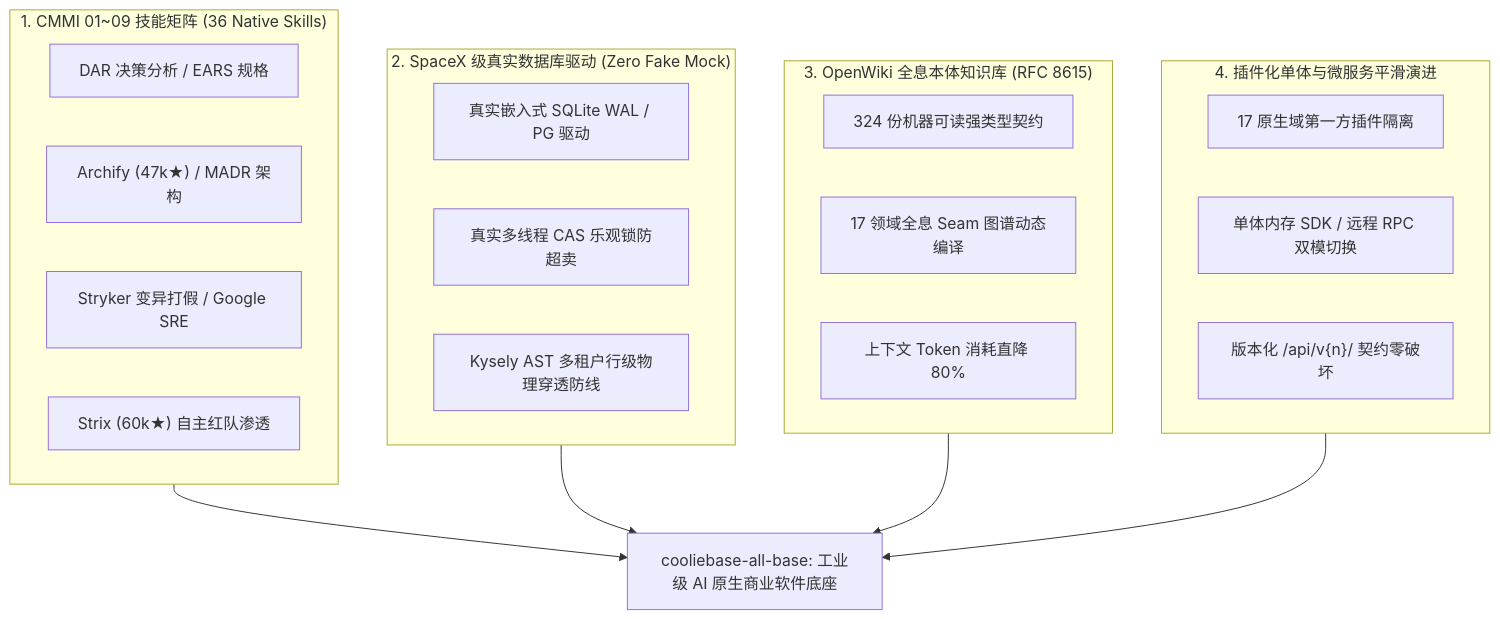
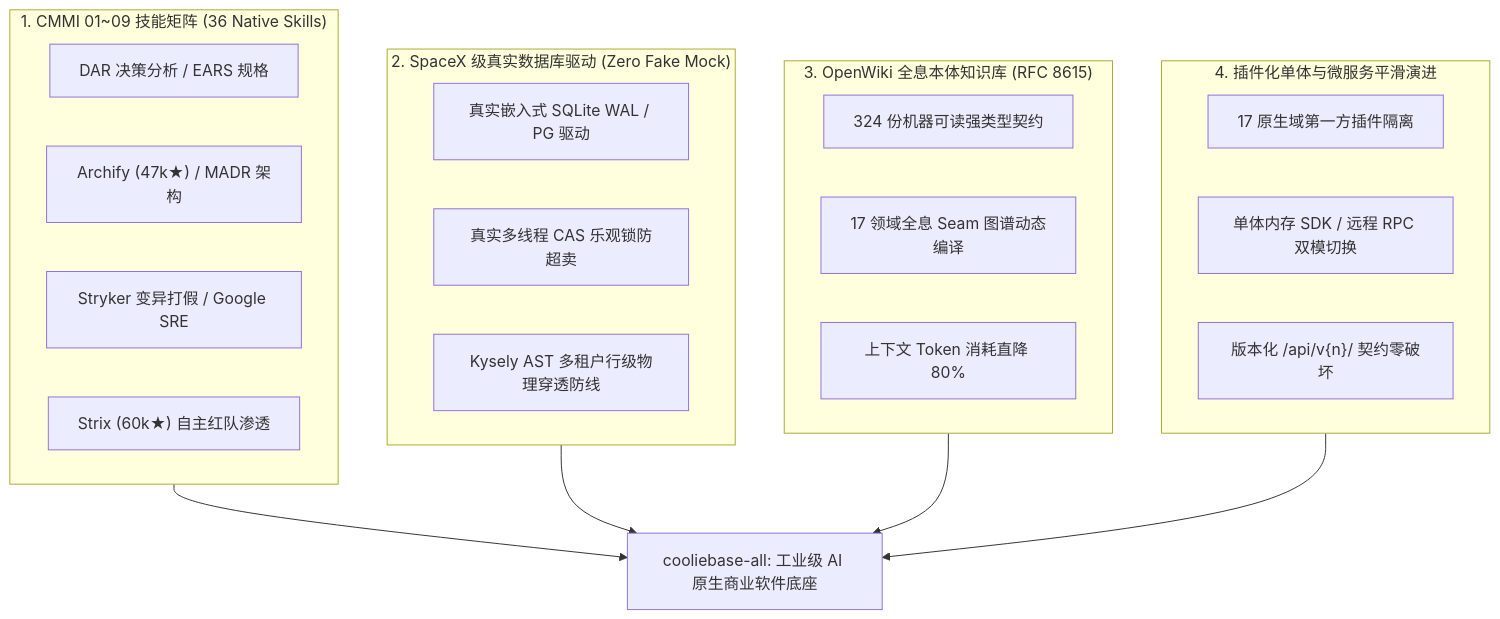
Before and after one commit to xaicd/cooliebase-all: the diagram in README.md, drawn with Mermaid. The commit also changed other lines of this file and 188 other files, not shown here.

````diff
--- a/README.md
+++ b/README.md
@@ -18,28 +18,28 @@
 ```mermaid
 flowchart TD
     subgraph P1 ["1. CMMI 01~09 技能矩阵 (36 Native Skills)"]
         S1["DAR 决策分析 / EARS 规格"]
         S2["Archify (47k★) / MADR 架构"]
         S3["Stryker 变异打假 / Google SRE"]
         S4["Strix (60k★) 自主红队渗透"]
     end
     subgraph P2 ["2. SpaceX 级真实数据库驱动 (Zero Fake Mock)"]
         D1["真实嵌入式 SQLite WAL / PG 驱动"]
         D2["真实多线程 CAS 乐观锁防超卖"]
         D3["Kysely AST 多租户行级物理穿透防线"]
     end
     subgraph P3 ["3. OpenWiki 全息本体知识库 (RFC 8615)"]
         W1["324 份机器可读强类型契约"]
         W2["17 领域全息 Seam 图谱动态编译"]
         W3["上下文 Token 消耗直降 80%"]
     end
     subgraph P4 ["4. 插件化单体与微服务平滑演进"]
         M1["17 原生域第一方插件隔离"]
         M2["单体内存 SDK / 远程 RPC 双模切换"]
         M3["版本化 /api/v{n}/ 契约零破坏"]
     end
-    P1 --> Foundation["cooliebase-all-base: 工业级 AI 原生商业软件底座"]
+    P1 --> Foundation["cooliebase-all: 工业级 AI 原生商业软件底座"]
     P2 --> Foundation
     P3 --> Foundation
     P4 --> Foundation
 ```
````
